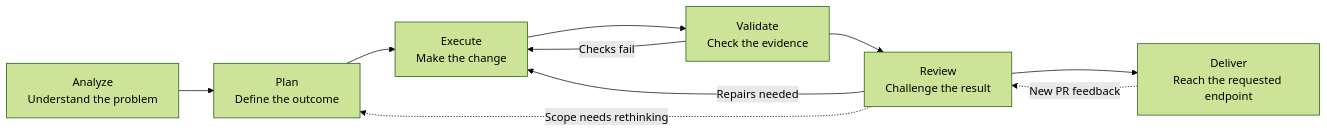
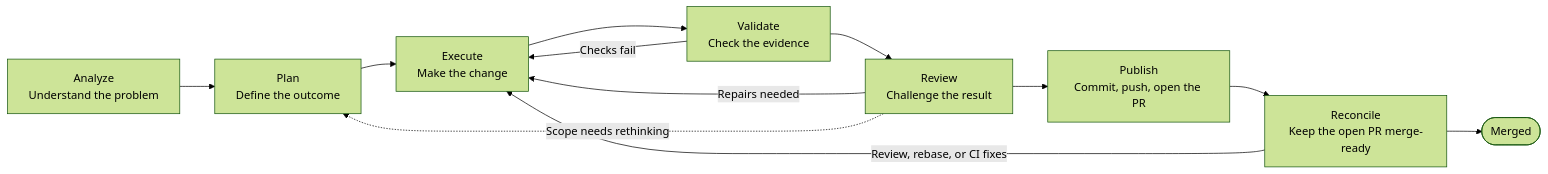
The diagram in README.md (pnewsam/skills), drawn with Mermaid (forest theme) before and after one commit. The commit also changed other lines of this file and 38 other files, not shown here.

First line of the commit message:
refactor(registry): rename deliver-work to publish-work and fold runbooks

````diff
--- a/README.md
+++ b/README.md
@@ -13,12 +13,14 @@
 ```mermaid
 flowchart LR
     A["Analyze<br/>Understand the problem"] --> P["Plan<br/>Define the outcome"]
     P --> E["Execute<br/>Make the change"]
     E --> V["Validate<br/>Check the evidence"]
     V --> R["Review<br/>Challenge the result"]
-    R --> D["Deliver<br/>Reach the requested endpoint"]
+    R --> D["Publish<br/>Commit, push, open the PR"]
+    D --> C["Reconcile<br/>Keep the open PR merge-ready"]
+    C --> M(["Merged"])
     V -->|Checks fail| E
     R -->|Repairs needed| E
     R -.->|Scope needs rethinking| P
-    D -.->|New PR feedback| R
+    C -->|Review, rebase, or CI fixes| E
 ```
````
